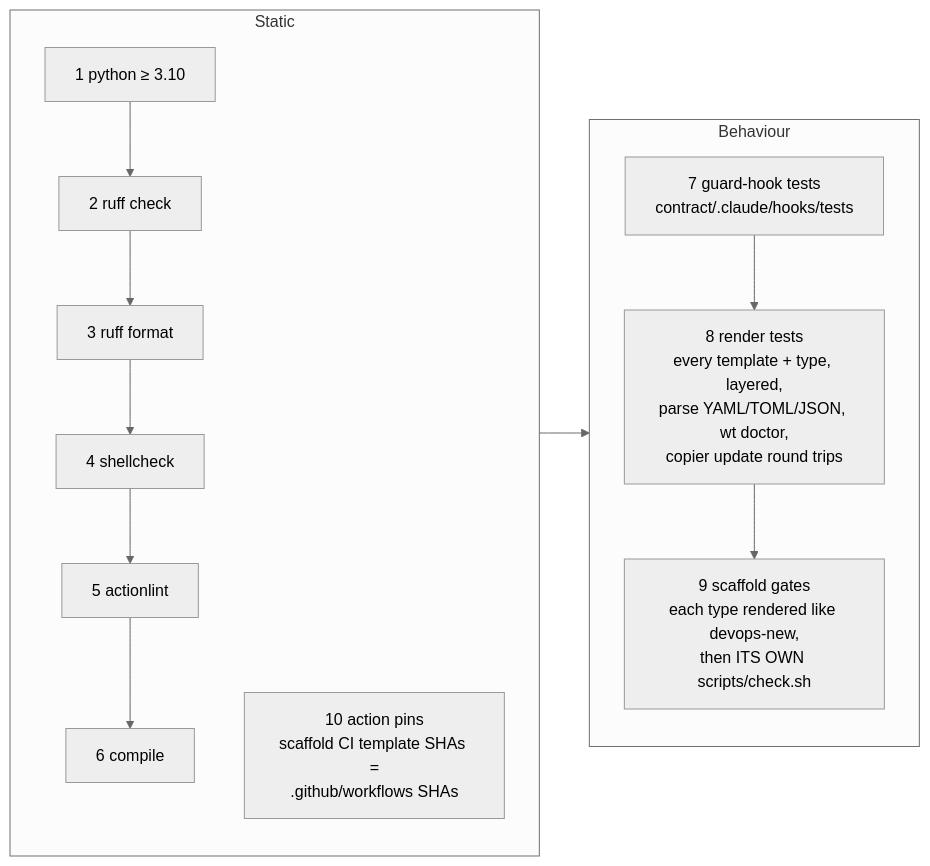
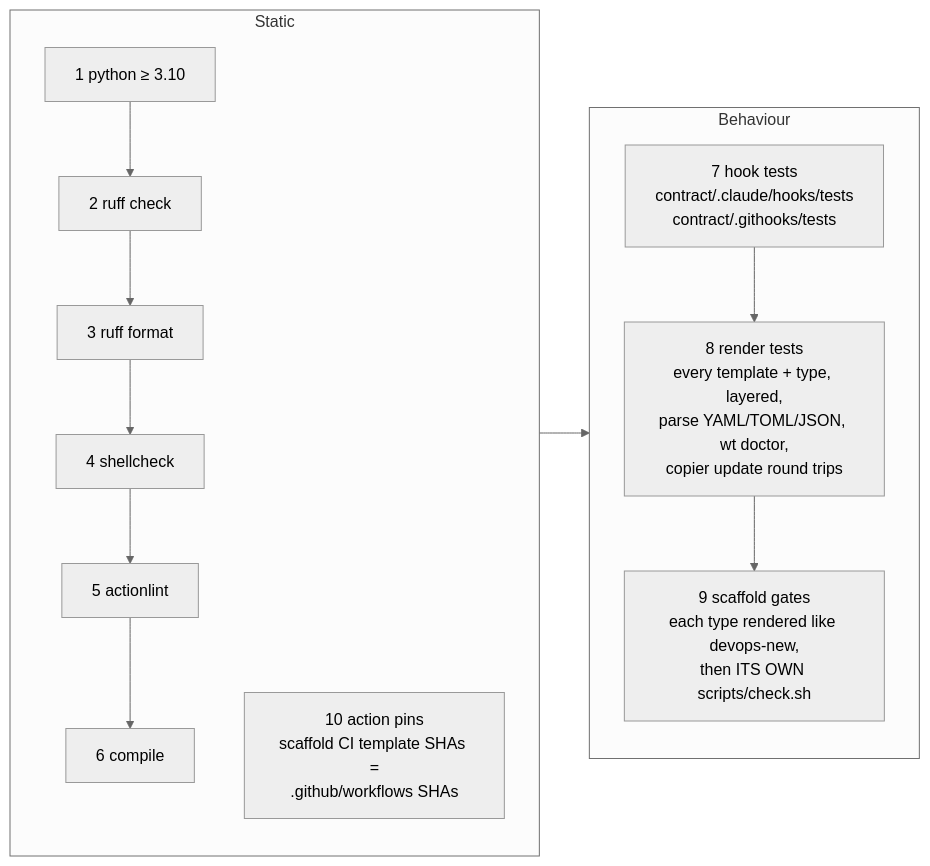
Before and after one commit to djfiend/devops-templates: the fifth of 6 diagrams in docs/operations.md, drawn with Mermaid (neutral theme). The commit also changed 16 other files, not shown here.

First line of the commit message:
feat(contract): git hooks refuse main-checkout commits for every tool

````diff
--- a/docs/operations.md
+++ b/docs/operations.md
@@ -162,14 +162,14 @@
 ```mermaid
 flowchart LR
     subgraph static["Static"]
         s1["1 python ≥ 3.10"] --> s2["2 ruff check"] --> s3["3 ruff format"] --> s4["4 shellcheck"] --> s5["5 actionlint"] --> s6["6 compile"]
         s10["10 action pins<br/>scaffold CI template SHAs =<br/>.github/workflows SHAs"]
     end
     subgraph tests["Behaviour"]
-        s7["7 guard-hook tests<br/>contract/.claude/hooks/tests"]
+        s7["7 hook tests<br/>contract/.claude/hooks/tests<br/>contract/.githooks/tests"]
         s8["8 render tests<br/>every template + type, layered,<br/>parse YAML/TOML/JSON, wt doctor,<br/>copier update round trips"]
         s9["9 scaffold gates<br/>each type rendered like devops-new,<br/>then ITS OWN scripts/check.sh"]
         s7 --> s8 --> s9
     end
     static --> tests
 ```
````
